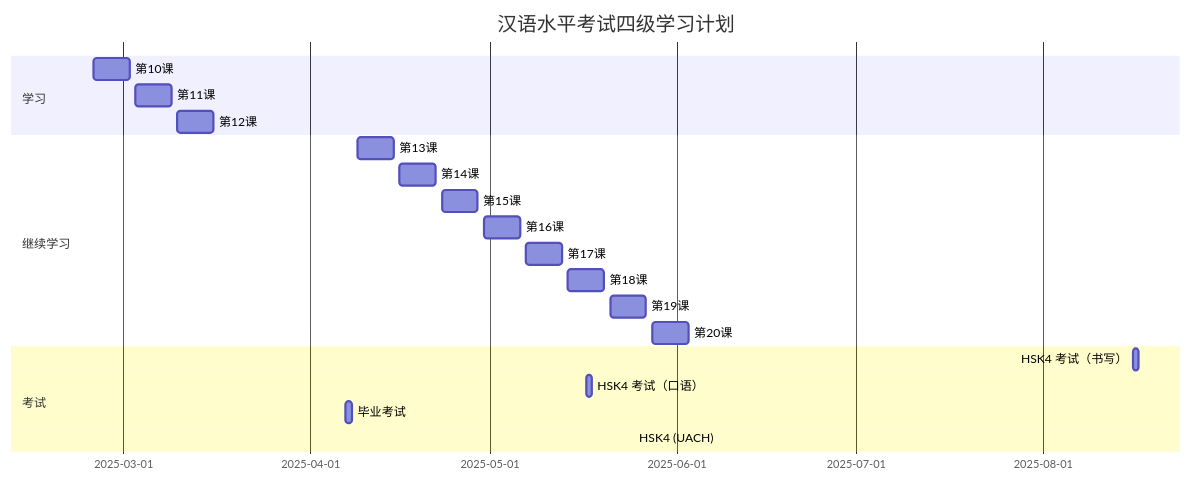
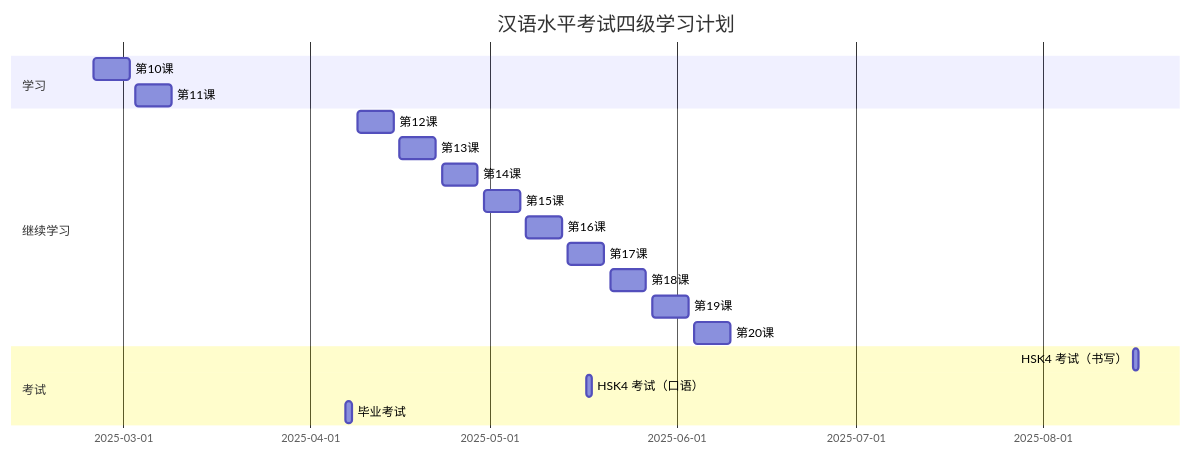
Before and after one commit to MoisesAdame/obsidian-notes: the diagram in Chinese/HSK4/HSK4计划.md, drawn with Mermaid. The commit also changed 1 other file, not shown here.

Commit message:
vault backup: 2025-04-09 08:31:37

````diff
--- a/Chinese/HSK4/HSK4计划.md
+++ b/Chinese/HSK4/HSK4计划.md
@@ -8,25 +8,24 @@
 ```mermaid
 gantt
     title 汉语水平考试四级学习计划
     dateFormat YYYY-MM-DD
     section 学习
     第10课 : 2025-02-24, 2025-03-02
     第11课 : 2025-03-03, 2025-03-09
-    第12课 : 2025-03-10, 2025-03-16
     
     section 继续学习
-    第13课 : 2025-04-09, 2025-04-15
-    第14课 : 2025-04-16, 2025-04-22
-    第15课 : 2025-04-23, 2025-04-29
-    第16课 : 2025-04-30, 2025-05-06
-    第17课 : 2025-05-07, 2025-05-13
-    第18课 : 2025-05-14, 2025-05-20
-    第19课 : 2025-05-21, 2025-05-27
-    第20课 : 2025-05-28, 2025-06-03
+    第12课 : 2025-04-09, 2025-04-15
+    第13课 : 2025-04-16, 2025-04-22
+    第14课 : 2025-04-23, 2025-04-29
+    第15课 : 2025-04-30, 2025-05-06
+    第16课 : 2025-05-07, 2025-05-13
+    第17课 : 2025-05-14, 2025-05-20
+    第18课 : 2025-05-21, 2025-05-27
+    第19课 : 2025-05-28, 2025-06-03
+    第20课 : 2025-06-04, 2025-06-10
     
 	section 考试
     HSK4 考试（书写） : 2025-08-16, 2025-08-17
     HSK4 考试（口语） : 2025-05-17, 2025-05-18
     毕业考试 : 2025-04-07, 2025-04-08
-	HSK4 (UACH) : 2025-05-25, 2025-05-25
 ```
````
